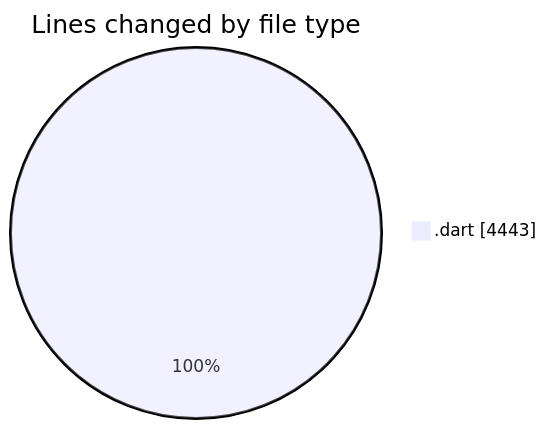
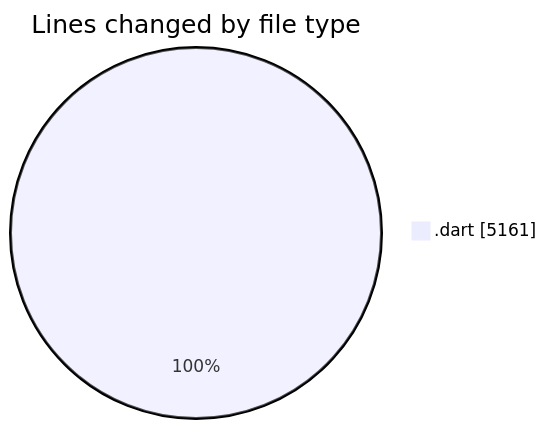
One commit to lephambinh05/code-tracking changed the first of 2 diagrams in 2025-08-16/studybuddy/README.md. Above: the diagram before and after it, drawn with Mermaid. The commit also changed other lines of this file and 1 other file, not shown here.

````diff
--- a/2025-08-16/studybuddy/README.md
+++ b/2025-08-16/studybuddy/README.md
@@ -28,5 +29,5 @@
 ```mermaid
 pie showData
 title Lines changed by file type
-".dart" : 4443
+".dart" : 5161
 ```
````
